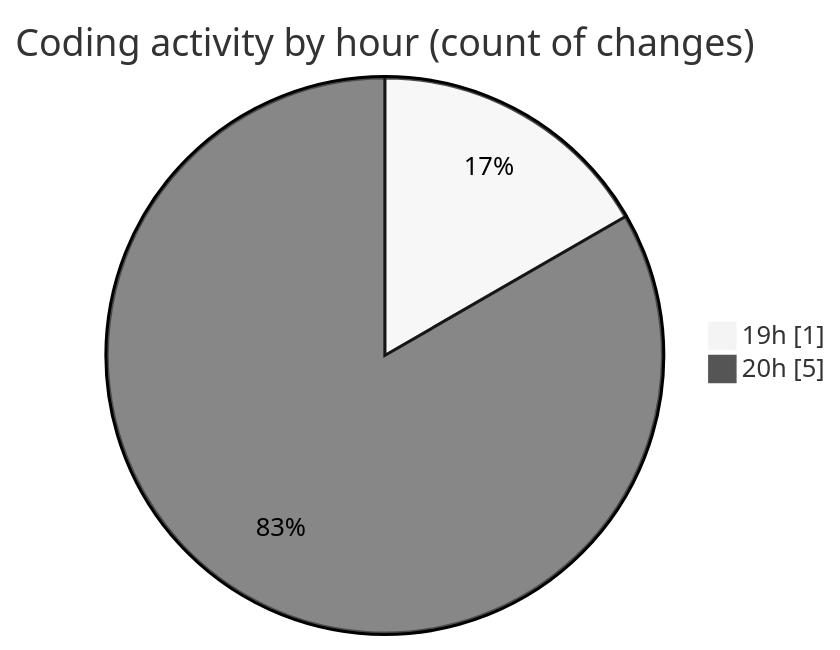
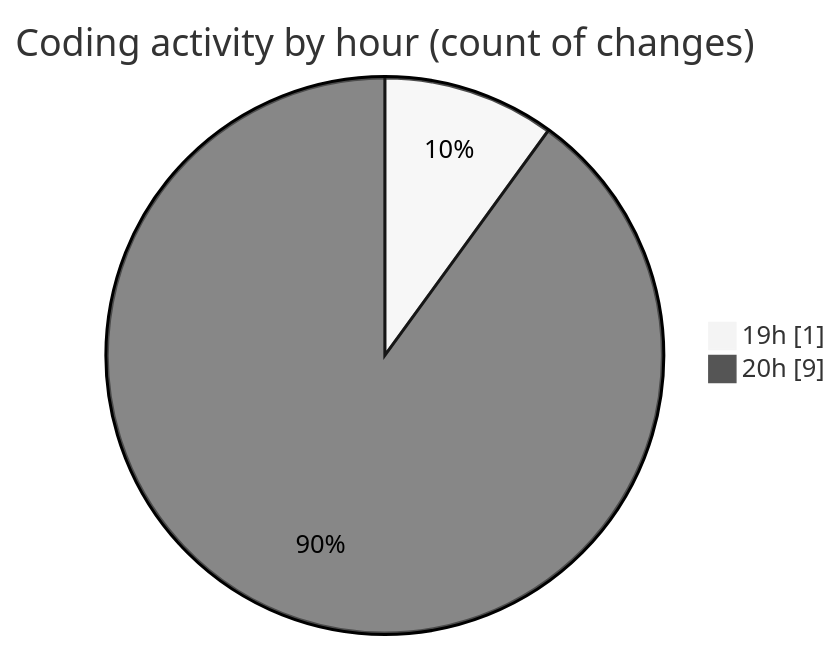
The second of 2 diagrams in 2025-07-09/data/README.md (Netris89/code-tracking), drawn with Mermaid (neutral theme) before and after one commit. The commit also changed other lines of this file and 1 other file, not shown here.

````diff
--- a/2025-07-09/data/README.md
+++ b/2025-07-09/data/README.md
@@ -30,6 +33,6 @@
 ```mermaid
 pie showData
 title Coding activity by hour (count of changes)
 "19h" : 1
-"20h" : 5
+"20h" : 9
 ```
````
